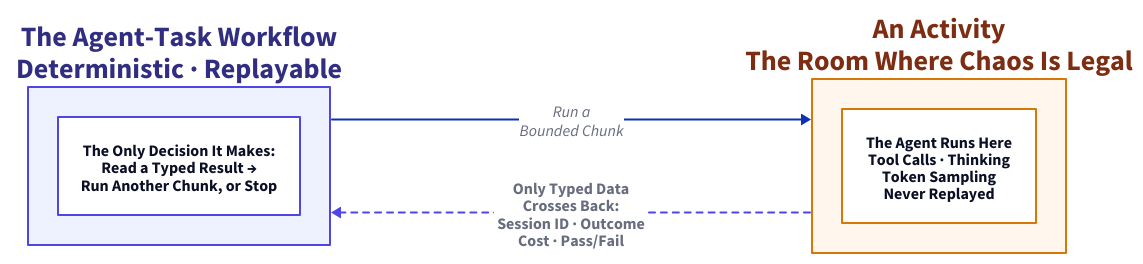
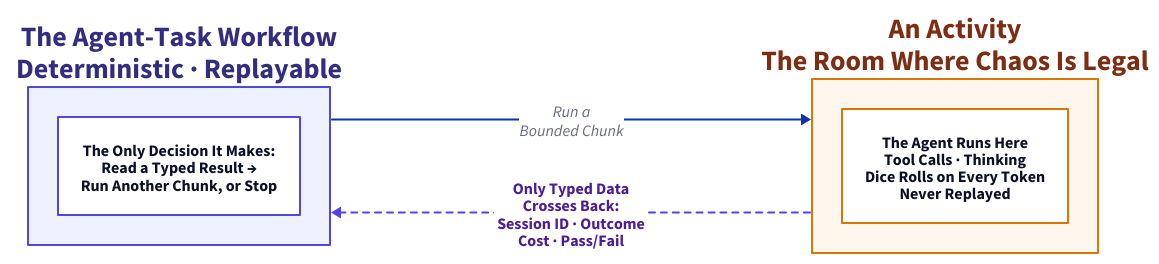
The diagram in assets/diagram-src/seam.d2 (thumarrushik/crash-proof-team-of-coding-agents), drawn with D2 before and after one commit. The commit also changed 45 other files, not shown here.

```diff
--- a/assets/diagram-src/seam.d2
+++ b/assets/diagram-src/seam.d2
@@ -1,22 +1,22 @@
 # The seam: the agent quarantined in an activity. Two boxes, short lines.
 direction: right
 horizontal-gap: 340
 
 wf: "The Agent-Task Workflow\nDeterministic · Replayable" {
   style: {fill: "#eef2ff"; stroke: "#4f46e5"; font-color: "#312e81"; bold: true}
   loop: "The Only Decision It Makes:\nRead a Typed Result →\nRun Another Chunk, or Stop" {
     style: {fill: "#ffffff"; stroke: "#4f46e5"}
   }
 }
 
 act: "An Activity\nThe Room Where Chaos Is Legal" {
   style: {fill: "#fff7ed"; stroke: "#d97706"; font-color: "#7c2d12"; bold: true}
-  agent: "The Agent Runs Here\nTool Calls · Thinking\nToken Sampling\nNever Replayed" {
+  agent: "The Agent Runs Here\nTool Calls · Thinking\nDice Rolls on Every Token\nNever Replayed" {
     style: {fill: "#ffffff"; stroke: "#d97706"}
   }
 }
 
 wf -> act: "Run a\nBounded Chunk"
 act -> wf: "Only Typed Data\nCrosses Back:\nSession ID · Outcome\nCost · Pass/Fail" {
-  style: {stroke-dash: 3; stroke: "#4f46e5"; bold: true}
+  style: {stroke-dash: 3; stroke: "#4f46e5"; font-color: "#4c1d95"; bold: true}
 }
```
